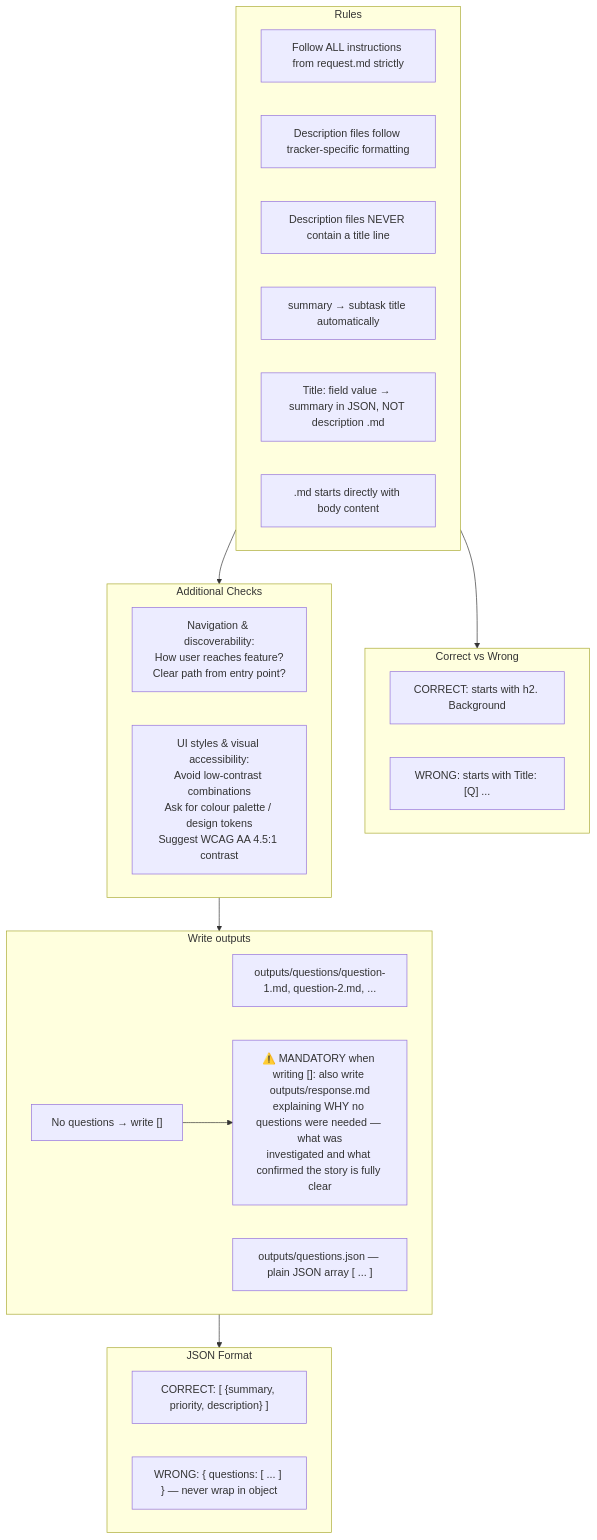
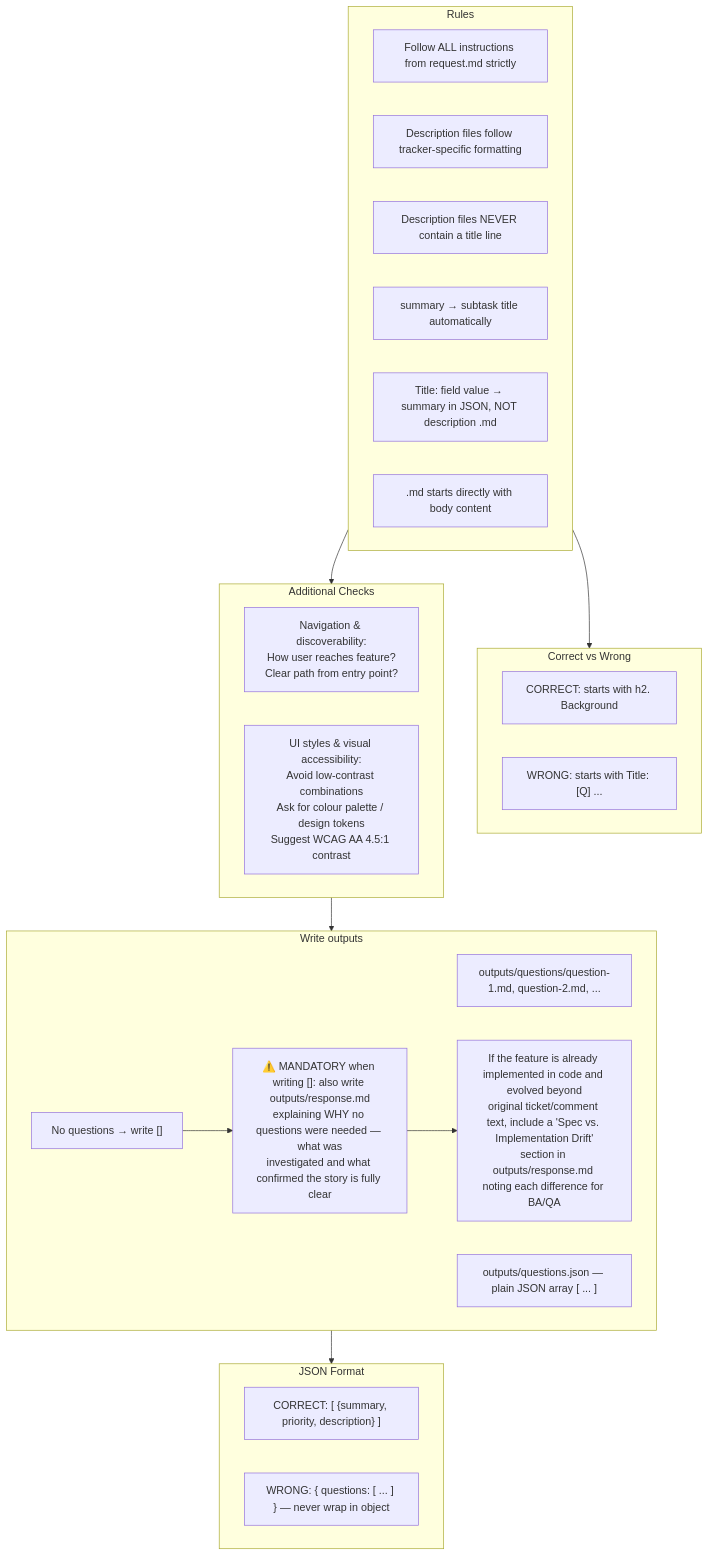
Before and after one commit to IstiN/dmtools-agents: the diagram in prompts/questions_prompt.md, drawn with Mermaid. The commit also changed 5 other files, not shown here.

Commit message:
feat(story_questions): improve readability, citation quotes, option grounding, and spec-drift reporting (#1537) (#1538)

````diff
--- a/prompts/questions_prompt.md
+++ b/prompts/questions_prompt.md
@@ -1,38 +1,39 @@
 ```mermaid
 flowchart TD
     subgraph RULES["Rules"]
         R1["Follow ALL instructions from request.md strictly"]
         R2["Description files follow tracker-specific formatting"]
         R3["Description files NEVER contain a title line"]
         R4["summary → subtask title automatically"]
         R5["Title: field value → summary in JSON, NOT description .md"]
         R6[".md starts directly with body content"]
     end
 
     subgraph EXAMPLES["Correct vs Wrong"]
         E1["CORRECT: starts with h2. Background"]
         E2["WRONG: starts with Title: [Q] ..."]
     end
 
     subgraph CHECKS["Additional Checks"]
         C1["Navigation & discoverability:<br/>How user reaches feature?<br/>Clear path from entry point?"]
         C2["UI styles & visual accessibility:<br/>Avoid low-contrast combinations<br/>Ask for colour palette / design tokens<br/>Suggest WCAG AA 4.5:1 contrast"]
     end
 
     subgraph OUTPUT["Write outputs"]
         O1["outputs/questions/question-1.md, question-2.md, ..."]
         O2["outputs/questions.json — plain JSON array [ ... ]"]
         O3["No questions → write []"]
         O3 --> O4["⚠️ MANDATORY when writing []: also write outputs/response.md<br/>explaining WHY no questions were needed — what was<br/>investigated and what confirmed the story is fully clear"]
+        O4 --> O5["If the feature is already implemented in code and evolved beyond<br/>original ticket/comment text, include a 'Spec vs. Implementation Drift'<br/>section in outputs/response.md noting each difference for BA/QA"]
     end
 
     subgraph FORMAT["JSON Format"]
         F1["CORRECT: [ {summary, priority, description} ]"]
         F2["WRONG: { questions: [ ... ] } — never wrap in object"]
     end
 
     RULES --> EXAMPLES
     RULES --> CHECKS
     CHECKS --> OUTPUT
     OUTPUT --> FORMAT
 ```
````
